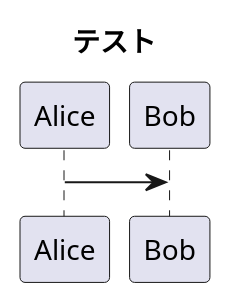
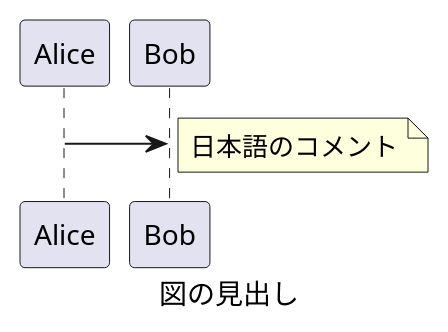
Before and after one commit to Hondarer/pub_markdown: the diagram in src/index.md, drawn with PlantUML. The commit also changed other lines of this file and 2 other files, not shown here.

Commit message:
・図見出しに使うplantumlタグをtitle->captionに ・docxにインポートしたplantuml svgのフォントの見栄えを対処

````diff
--- a/src/index.md
+++ b/src/index.md
@@ -98,6 +98,9 @@
 ```plantuml
 @startuml テスト
-    title テスト
+    caption 図の見出し
     Alice -> Bob
+    note right
+      日本語のコメント
+    end note
 @enduml
 ```
````
